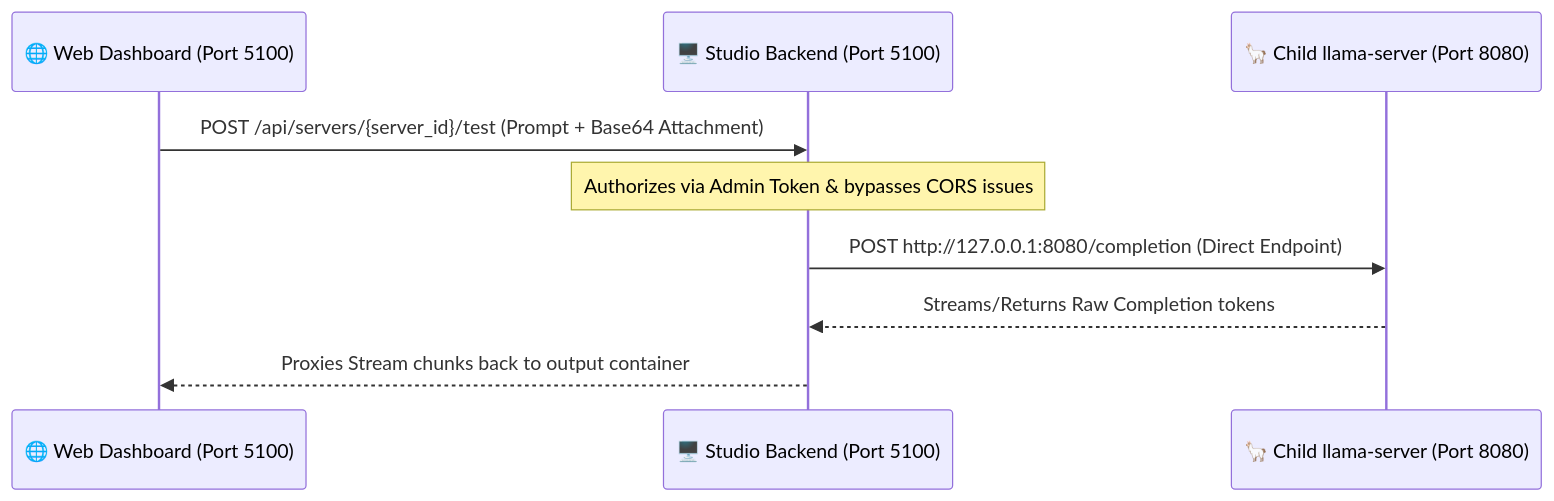
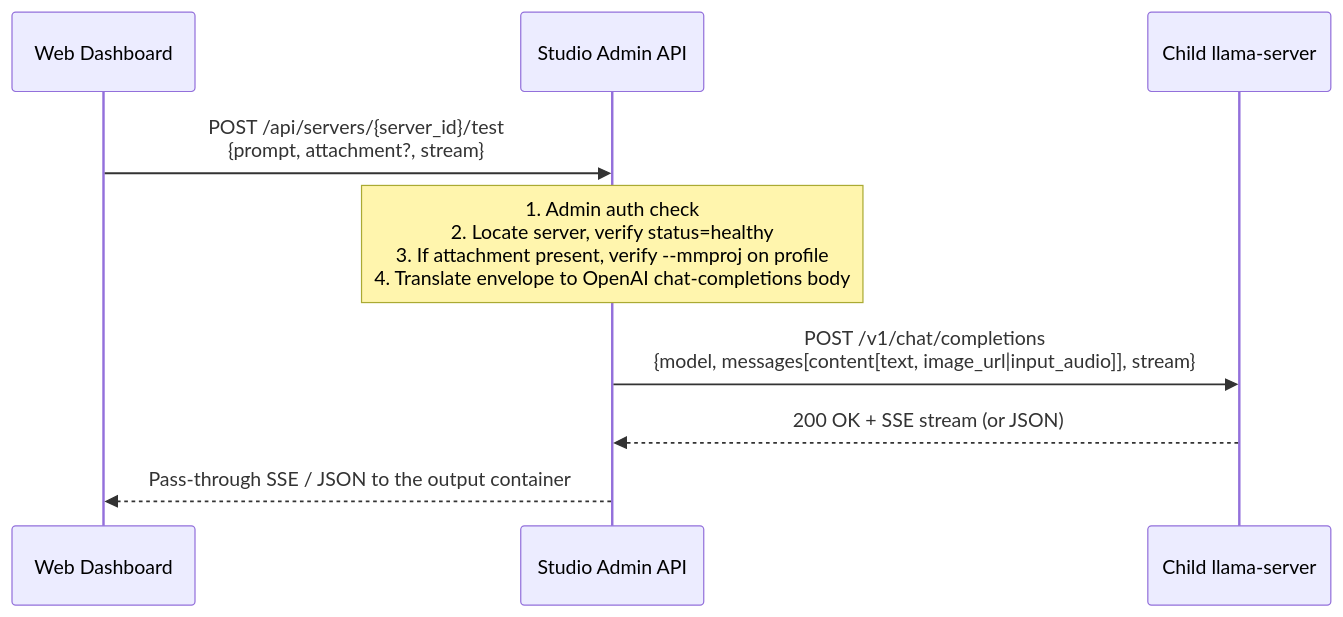
One commit to giapnguyen74/llama-server-studio changed the diagram in docs/quicktest.md. Above: the diagram before and after it, drawn with Mermaid. The commit also changed other lines of this file and 2 other files, not shown here.

Commit message:
feat: add support for audio attachments and multimodal validation in quicktest API

````diff
--- a/docs/quicktest.md
+++ b/docs/quicktest.md
@@ -23,12 +27,12 @@
 ```mermaid
 sequenceDiagram
-    participant Browser as 🌐 Web Dashboard (Port 5100)
-    participant Studio as 🖥️ Studio Backend (Port 5100)
-    participant Llama as 🦙 Child llama-server (Port 8080)
+    participant Browser as Web Dashboard
+    participant Studio as Studio Admin API
+    participant Llama as Child llama-server
 
-    Browser->>Studio: POST /api/servers/{server_id}/test (Prompt + Base64 Attachment)
-    Note over Studio: Authorizes via Admin Token & bypasses CORS issues
-    Studio->>Llama: POST http://127.0.0.1:8080/completion (Direct Endpoint)
-    Llama-->>Studio: Streams/Returns Raw Completion tokens
-    Studio-->>Browser: Proxies Stream chunks back to output container
+    Browser->>Studio: POST /api/servers/{server_id}/test<br/>{prompt, attachment?, stream}
+    Note over Studio: 1. Admin auth check<br/>2. Locate server, verify status=healthy<br/>3. If attachment present, verify --mmproj on profile<br/>4. Translate envelope to OpenAI chat-completions body
+    Studio->>Llama: POST /v1/chat/completions<br/>{model, messages[content[text, image_url|input_audio]], stream}
+    Llama-->>Studio: 200 OK + SSE stream (or JSON)
+    Studio-->>Browser: Pass-through SSE / JSON to the output container
 ```
````
